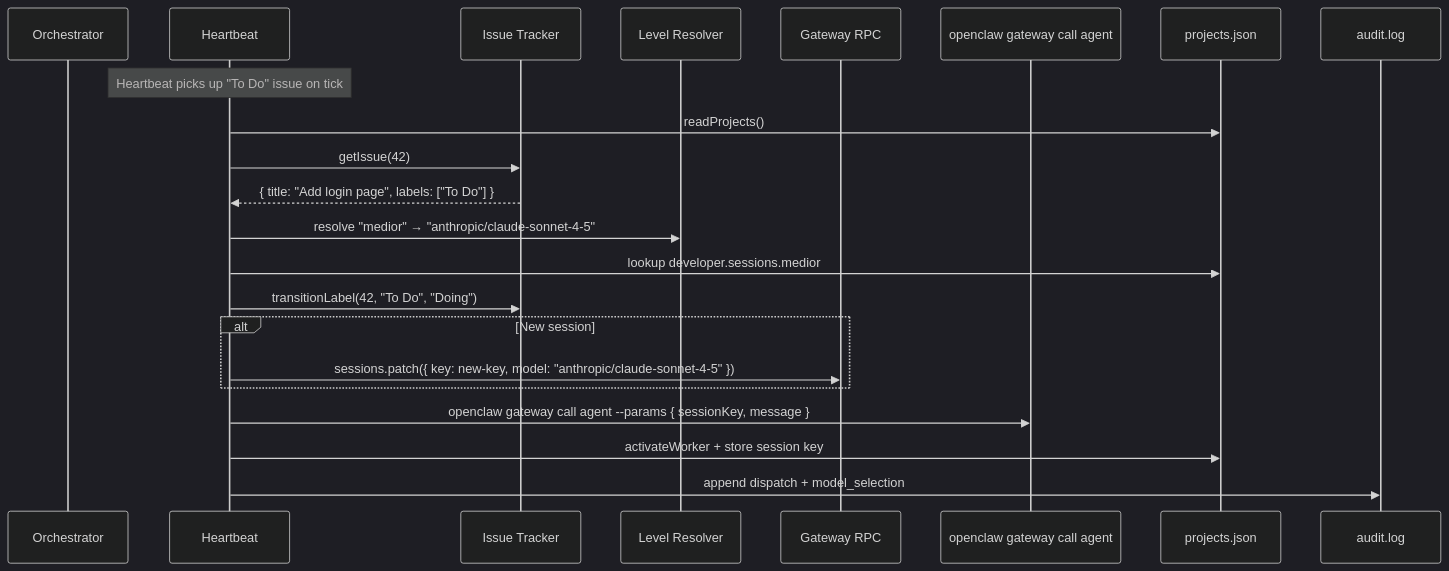
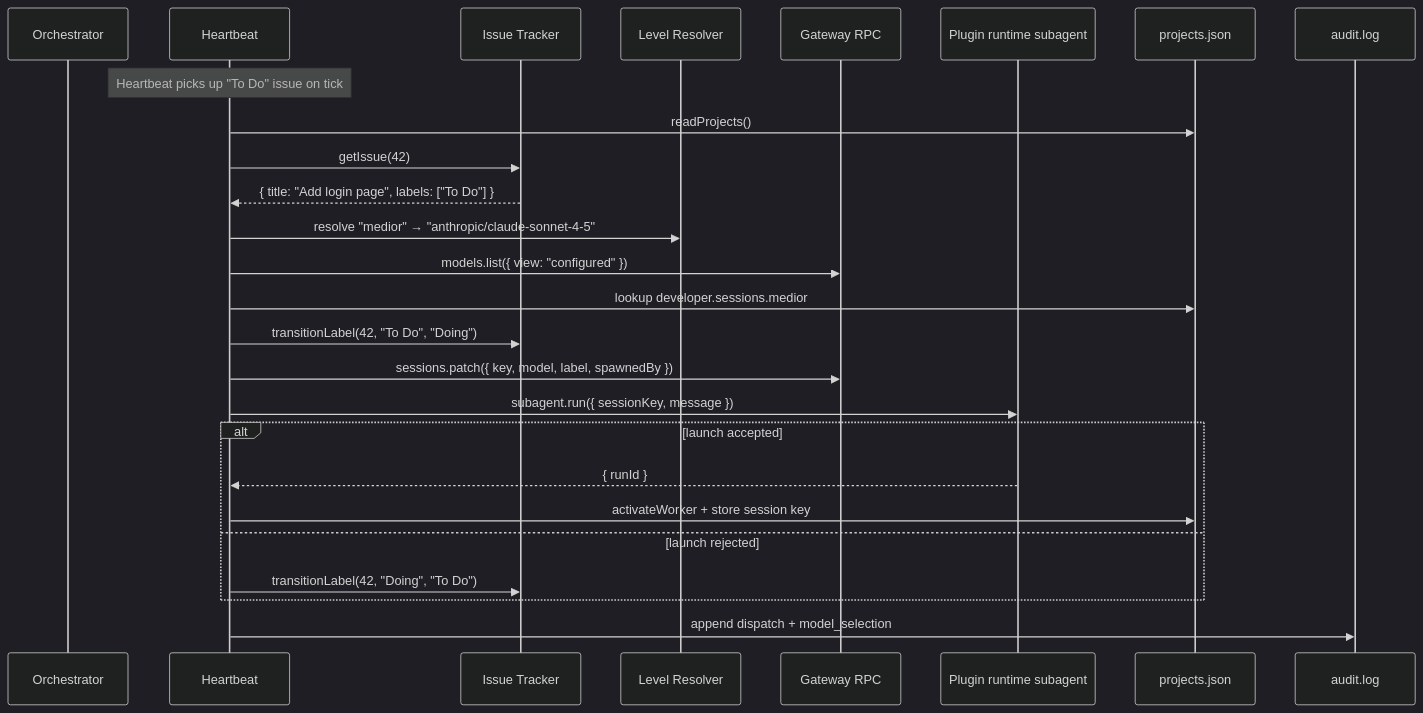
The seventh of 13 diagrams in docs/ARCHITECTURE.md (yaqub0r/devclaw), drawn with Mermaid (dark theme) before and after one commit. The commit also changed other lines of this file and 11 other files, not shown here.

````diff
--- a/docs/ARCHITECTURE.md
+++ b/docs/ARCHITECTURE.md
@@ -344,25 +348,29 @@
 ```mermaid
 sequenceDiagram
     participant A as Orchestrator
     participant HB as Heartbeat
     participant GL as Issue Tracker
     participant TIER as Level Resolver
     participant GW as Gateway RPC
-    participant CLI as openclaw gateway call agent
+    participant SUB as Plugin runtime subagent
     participant PJ as projects.json
     participant AL as audit.log
 
     Note over HB: Heartbeat picks up "To Do" issue on tick
     HB->>PJ: readProjects()
     HB->>GL: getIssue(42)
     GL-->>HB: { title: "Add login page", labels: ["To Do"] }
     HB->>TIER: resolve "medior" → "anthropic/claude-sonnet-4-5"
+    HB->>GW: models.list({ view: "configured" })
     HB->>PJ: lookup developer.sessions.medior
     HB->>GL: transitionLabel(42, "To Do", "Doing")
-    alt New session
-        HB->>GW: sessions.patch({ key: new-key, model: "anthropic/claude-sonnet-4-5" })
+    HB->>GW: sessions.patch({ key, model, label, spawnedBy })
+    HB->>SUB: subagent.run({ sessionKey, message })
+    alt launch accepted
+        SUB-->>HB: { runId }
+        HB->>PJ: activateWorker + store session key
+    else launch rejected
+        HB->>GL: transitionLabel(42, "Doing", "To Do")
     end
-    HB->>CLI: openclaw gateway call agent --params { sessionKey, message }
-    HB->>PJ: activateWorker + store session key
     HB->>AL: append dispatch + model_selection
 ```
````
